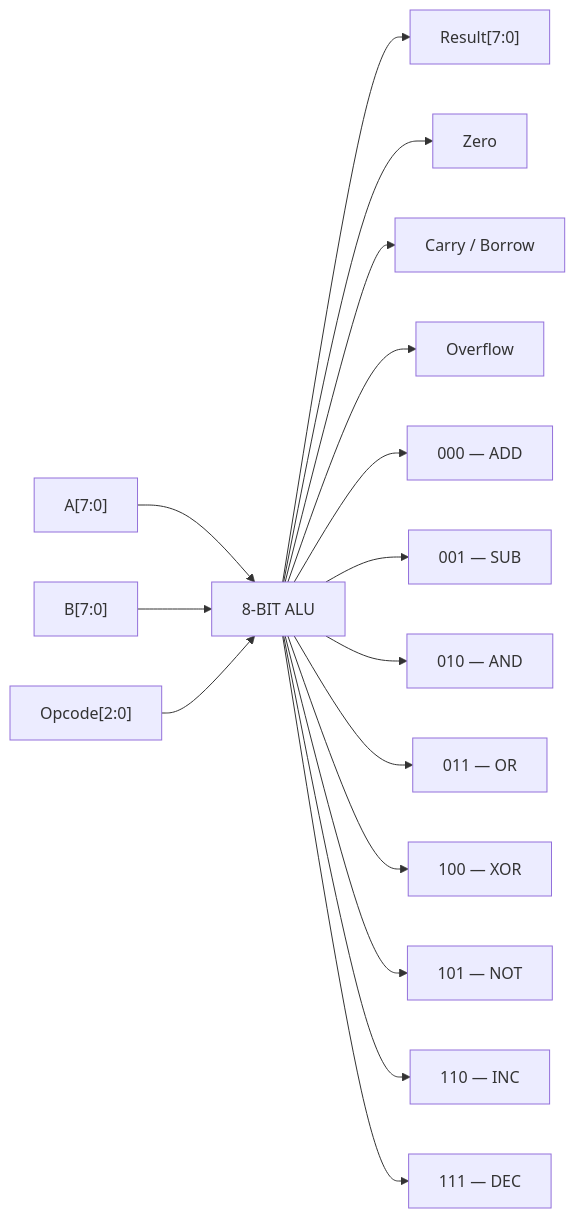
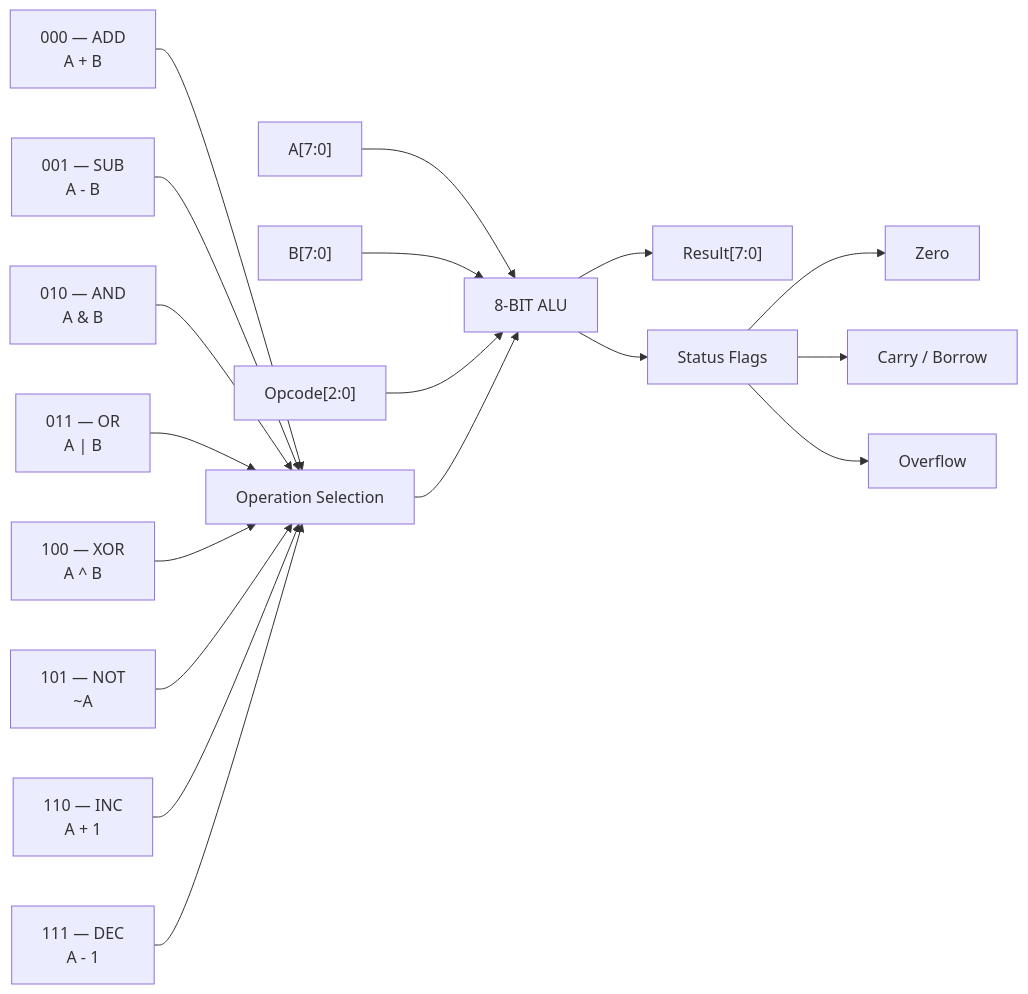
The diagram in README.md (shikha123-ops/vlsi-8bit-alu), drawn with Mermaid before and after one commit.

Commit message:
Improve ALU architecture diagram

````diff
--- a/README.md
+++ b/README.md
@@ -32,20 +32,25 @@
 ```mermaid
 flowchart LR
+
     A["A[7:0]"] --> ALU["8-BIT ALU"]
     B["B[7:0]"] --> ALU
     OP["Opcode[2:0]"] --> ALU
 
-    ALU --> R["Result[7:0]"]
-    ALU --> Z["Zero"]
-    ALU --> C["Carry / Borrow"]
-    ALU --> V["Overflow"]
+    ALU --> RESULT["Result[7:0]"]
 
-    ALU --> ADD["000 — ADD"]
-    ALU --> SUB["001 — SUB"]
-    ALU --> AND["010 — AND"]
-    ALU --> OR["011 — OR"]
-    ALU --> XOR["100 — XOR"]
-    ALU --> NOT["101 — NOT"]
-    ALU --> INC["110 — INC"]
-    ALU --> DEC["111 — DEC"]
+    ALU --> FLAGS["Status Flags"]
+    FLAGS --> ZERO["Zero"]
+    FLAGS --> CARRY["Carry / Borrow"]
+    FLAGS --> OVERFLOW["Overflow"]
+
+    OPS["Operation Selection"] --> ALU
+
+    ADD["000 — ADD<br/>A + B"] --> OPS
+    SUB["001 — SUB<br/>A - B"] --> OPS
+    AND["010 — AND<br/>A & B"] --> OPS
+    OR["011 — OR<br/>A | B"] --> OPS
+    XOR["100 — XOR<br/>A ^ B"] --> OPS
+    NOT["101 — NOT<br/>~A"] --> OPS
+    INC["110 — INC<br/>A + 1"] --> OPS
+    DEC["111 — DEC<br/>A - 1"] --> OPS
 ```
````
